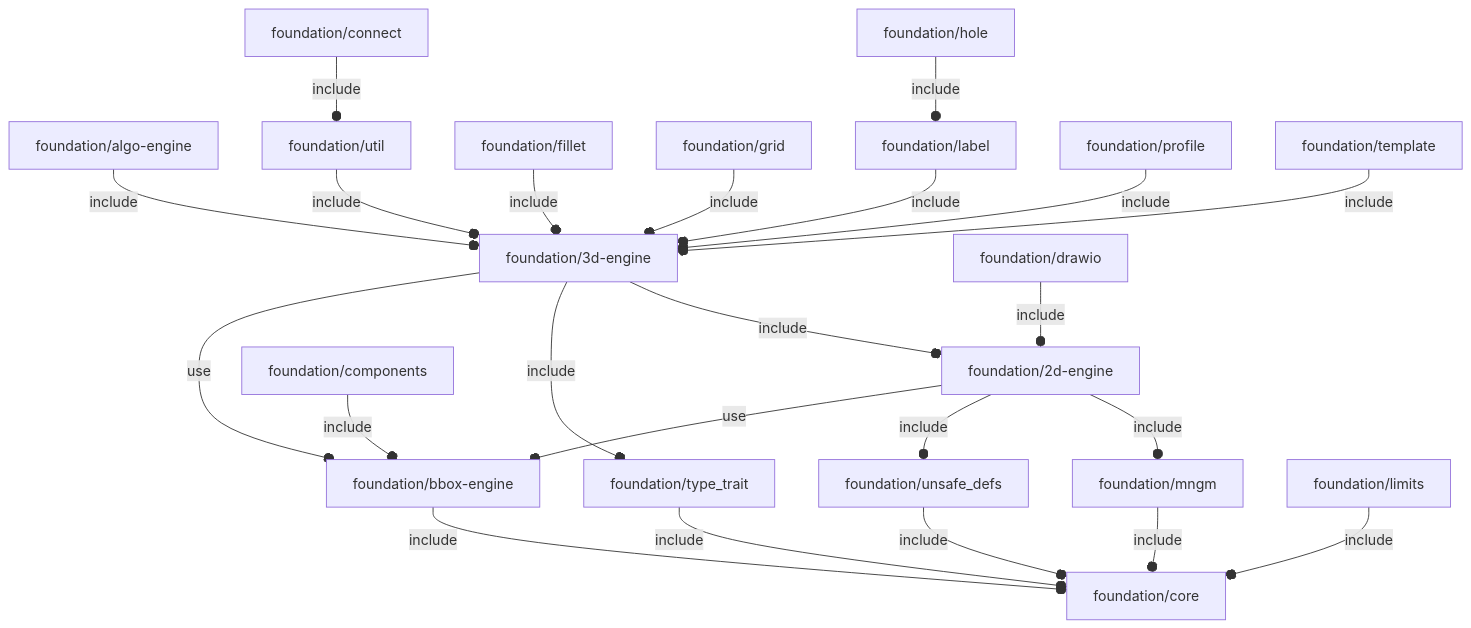
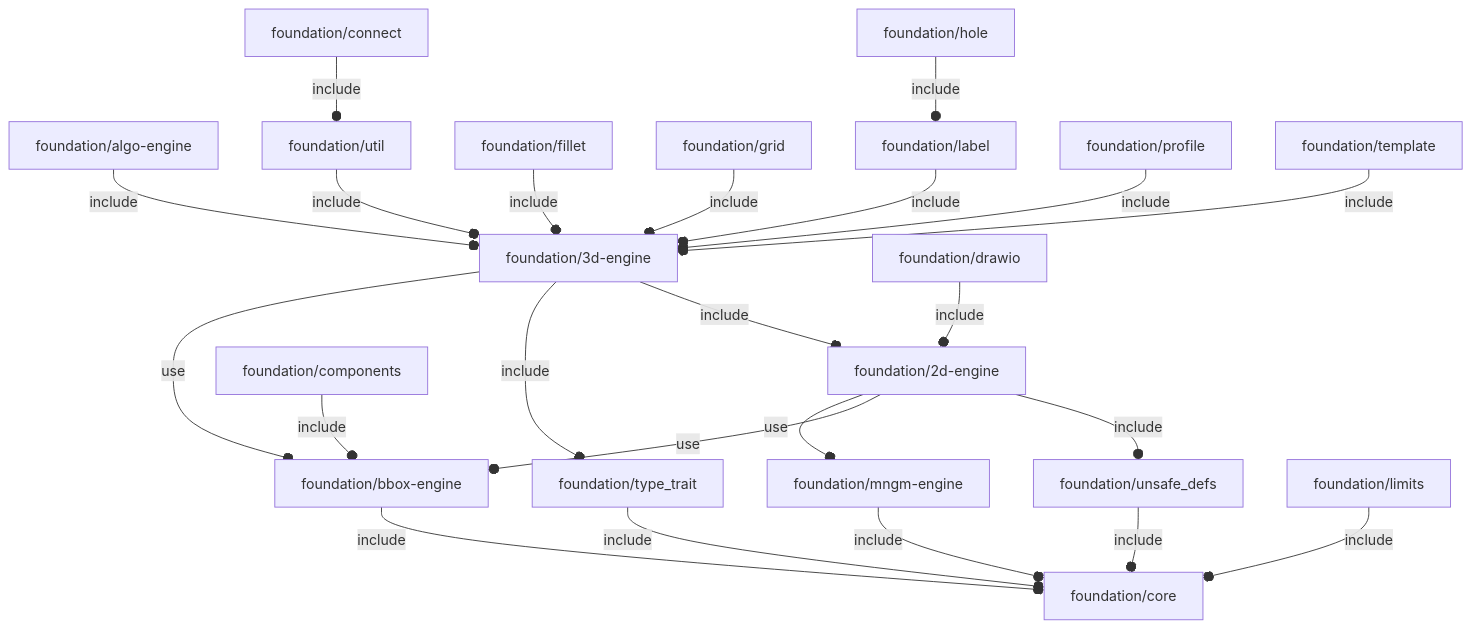
One commit to ggabbiani/OFL changed the diagram in orthodocs/foundation/deps.md. Above: the diagram before and after it, drawn with Mermaid. The commit also changed 65 other files, not shown here.

Commit message:
foundation/mngm.scad renamed as foundation/mngm-engine.scad

````diff
--- a/orthodocs/foundation/deps.md
+++ b/orthodocs/foundation/deps.md
@@ -3,26 +3,26 @@
 ```mermaid
 graph TD
-    A1[foundation/2d-engine] --o|include| A2[foundation/mngm]
-    A1 --o|include| A3[foundation/unsafe_defs]
-    A1 --o|use| A4[foundation/bbox-engine]
+    A1[foundation/2d-engine] --o|include| A2[foundation/unsafe_defs]
+    A1 --o|use| A3[foundation/bbox-engine]
+    A1 --o|use| A4[foundation/mngm-engine]
     A5[foundation/3d-engine] --o|include| A1
     A5 --o|include| A6[foundation/type_trait]
-    A5 --o|use| A4
+    A5 --o|use| A3
     A7[foundation/algo-engine] --o|include| A5
-    A4 --o|include| A8[foundation/core]
-    A9[foundation/components] --o|include| A4
+    A3 --o|include| A8[foundation/core]
+    A9[foundation/components] --o|include| A3
     A10[foundation/connect] --o|include| A11[foundation/util]
     A8
     A12[foundation/drawio] --o|include| A1
     A13[foundation/fillet] --o|include| A5
     A14[foundation/grid] --o|include| A5
     A15[foundation/hole] --o|include| A16[foundation/label]
     A16 --o|include| A5
     A17[foundation/limits] --o|include| A8
-    A2 --o|include| A8
+    A4 --o|include| A8
     A18[foundation/profile] --o|include| A5
     A19[foundation/template] --o|include| A5
     A6 --o|include| A8
-    A3 --o|include| A8
+    A2 --o|include| A8
     A11 --o|include| A5
 ```
````
